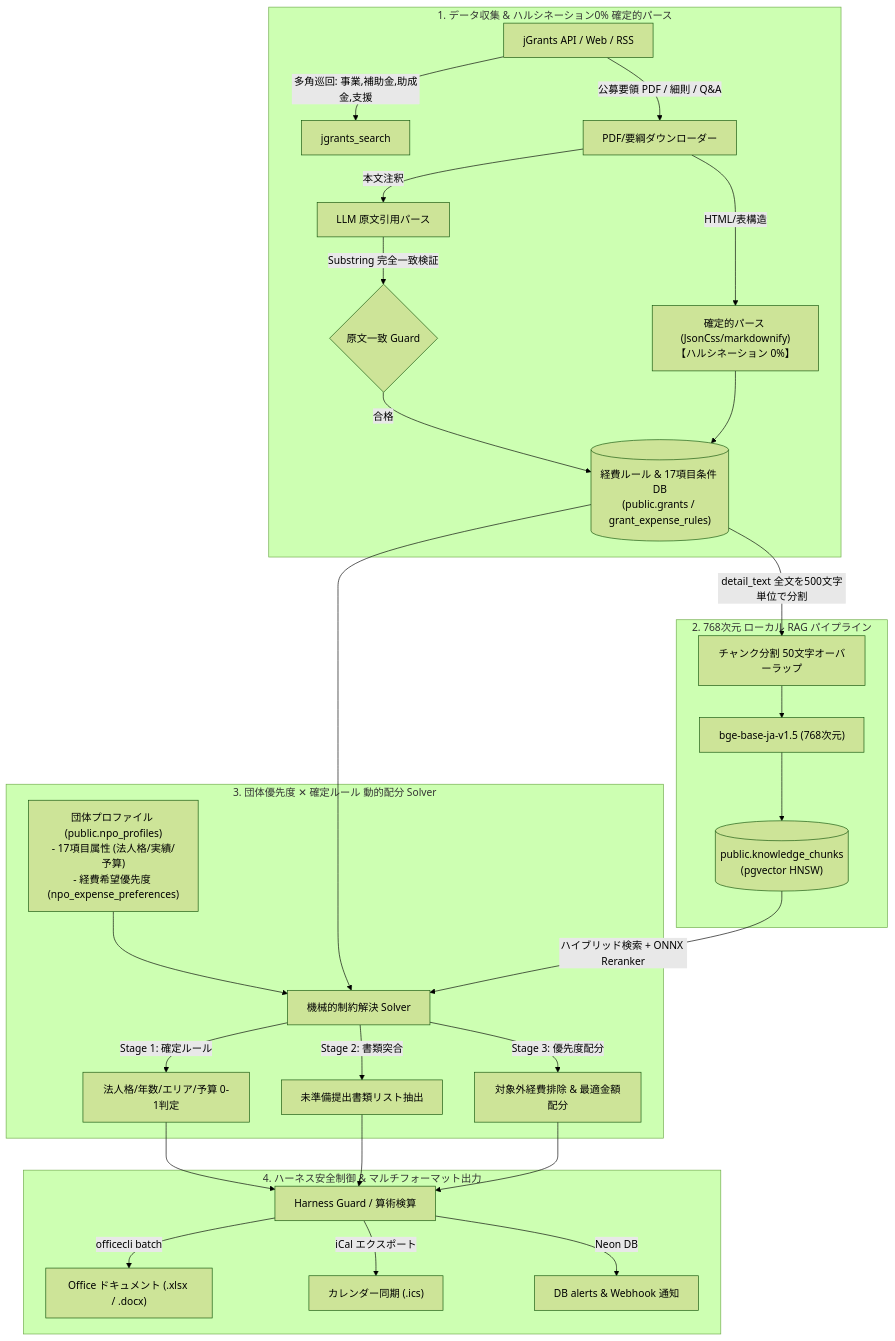
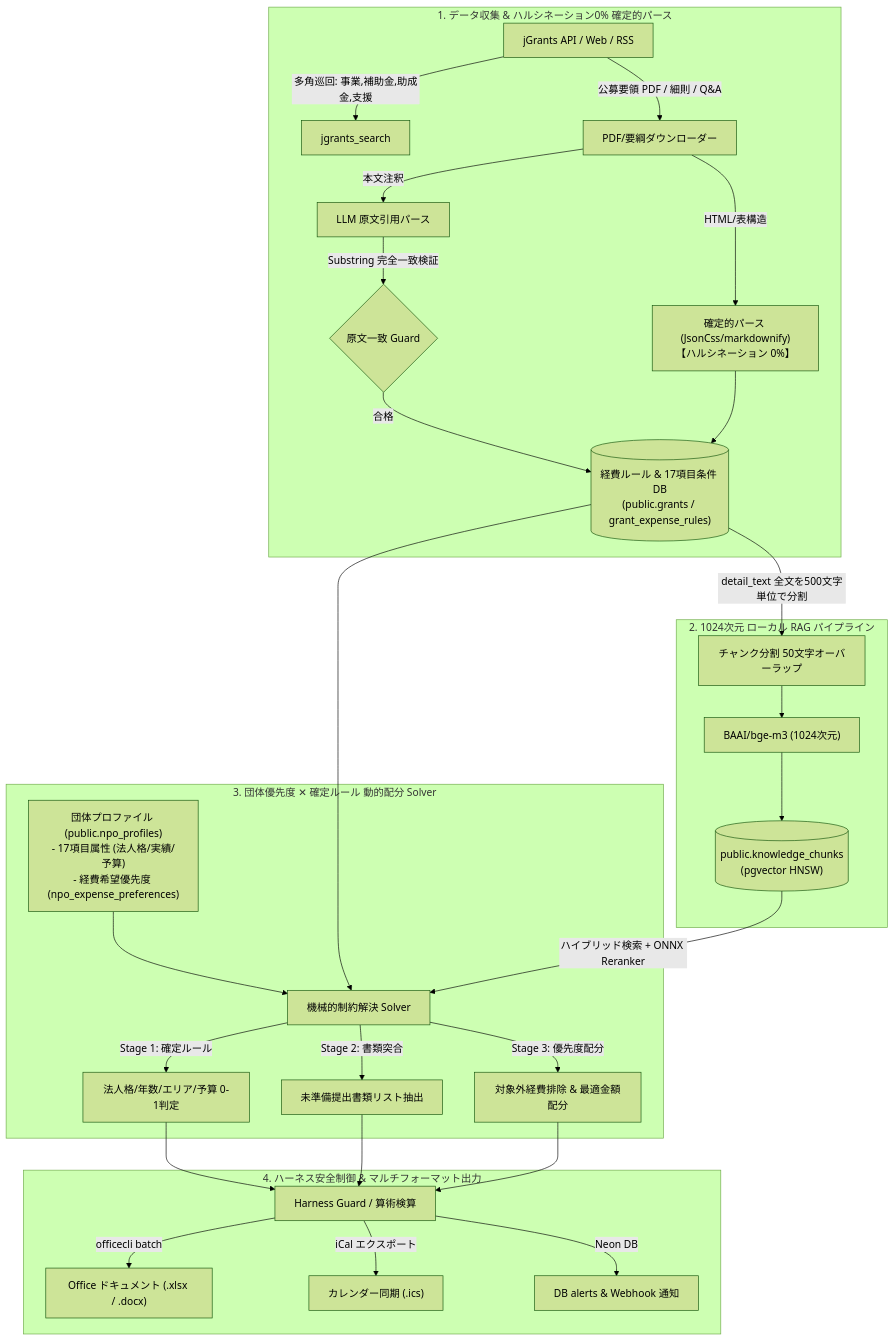
One commit to t012093/auto-grants-integrated changed the diagram in docs/grant_pipeline_spec.md. Above: the diagram before and after it, drawn with Mermaid (forest theme). The commit also changed other lines of this file and 10 other files, not shown here.

Commit message:
refactor: Embeddingモデルを最高精度・長文対応1024d(BAAI/bge-m3)に統一 (DB・スクリプト・全仕様書更新)

````diff
--- a/docs/grant_pipeline_spec.md
+++ b/docs/grant_pipeline_spec.md
@@ -5,37 +5,37 @@
 ```mermaid
 flowchart TD
     %% 1. データ収集・確定的パース
     subgraph DataIngest ["1. データ収集 & ハルシネーション0% 確定的パース"]
         jGrants[jGrants API / Web / RSS] -->|多角巡回: 事業,補助金,助成金,支援| Collector[jgrants_search]
         jGrants -->|公募要領 PDF / 細則 / Q&A| PDFDownloader[PDF/要綱ダウンローダー]
         PDFDownloader -->|HTML/表構造| DeterministicParser["確定的パース (JsonCss/markdownify)<br/>【ハルシネーション 0%】"]
         PDFDownloader -->|本文注釈| LLMQuoteParser["LLM 原文引用パース"]
         LLMQuoteParser -->|Substring 完全一致検証| SubstringGuard{原文一致 Guard}
         SubstringGuard -->|合格| RuleDB
         DeterministicParser --> RuleDB[("経費ルール & 17項目条件 DB<br/>(public.grants / grant_expense_rules)")]
     end
 
-    %% 2. 768次元 ローカル RAG エンジン
-    subgraph LocalRAG ["2. 768次元 ローカル RAG パイプライン"]
+    %% 2. 1024次元 ローカル RAG エンジン
+    subgraph LocalRAG ["2. 1024次元 ローカル RAG パイプライン"]
         RuleDB -->|detail_text 全文を500文字単位で分割| Chunking[チャンク分割 50文字オーバーラップ]
-        Chunking --> Embedder["bge-base-ja-v1.5 (768次元)"]
+        Chunking --> Embedder["BAAI/bge-m3 (1024次元)"]
         Embedder --> VectorDB[("public.knowledge_chunks<br/>(pgvector HNSW)")]
     end
 
     subgraph EligibilitySolver ["3. 団体優先度 ✕ 確定ルール 動的配分 Solver"]
         OrgProfile["団体プロファイル (public.npo_profiles)<br/>- 17項目属性 (法人格/実績/予算)<br/>- 経費希望優先度 (npo_expense_preferences)"] --> SolverEngine[機械的制約解決 Solver]
         RuleDB --> SolverEngine
         VectorDB -->|ハイブリッド検索 + ONNX Reranker| SolverEngine
 
         SolverEngine -->|Stage 1: 確定ルール| S1[法人格/年数/エリア/予算 0-1判定]
         SolverEngine -->|Stage 2: 書類突合| S2[未準備提出書類リスト抽出]
         SolverEngine -->|Stage 3: 優先度配分| S3[対象外経費排除 & 最適金額配分]
     end
 
     subgraph OutputHarness ["4. ハーネス安全制御 & マルチフォーマット出力"]
         S1 & S2 & S3 --> Harness[Harness Guard / 算術検算]
         Harness -->|officecli batch| OfficeOut["Office ドキュメント (.xlsx / .docx)"]
         Harness -->|iCal エクスポート| CalendarOut["カレンダー同期 (.ics)"]
         Harness -->|Neon DB| AlertOut["DB alerts & Webhook 通知"]
     end
 ```
````
